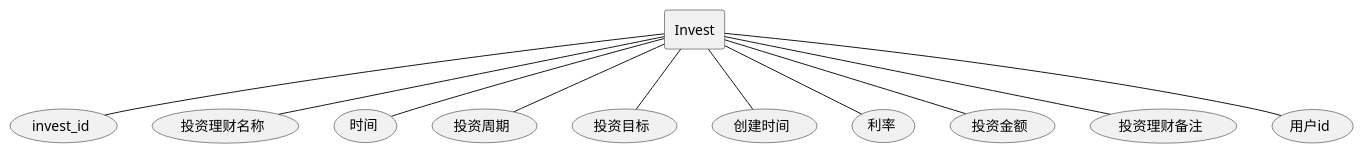
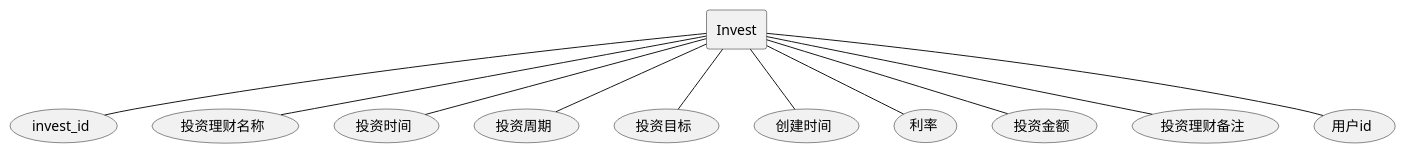
Before and after one commit to xiaokangxxs/notebook: diagram 24 of 31 in docs/UML/plantuml.md, drawn with PlantUML. The commit also changed other lines of this file and 9 other files, not shown here.

Commit message:
add sqoop and update uml

````diff
--- a/docs/UML/plantuml.md
+++ b/docs/UML/plantuml.md
@@ -490,15 +486,15 @@
 ```plantuml
 @startuml
 rectangle Invest
 Invest -- (invest_id)
 Invest -- (投资理财名称)
-Invest -- (时间)
+Invest -- (投资时间)
 Invest -- (投资周期)
 Invest -- (投资目标)
 Invest -- (创建时间)
 Invest -- (利率)
 Invest -- (投资金额)
 Invest -- (投资理财备注)
 Invest -- (用户id)
 @enduml
 ```
````
